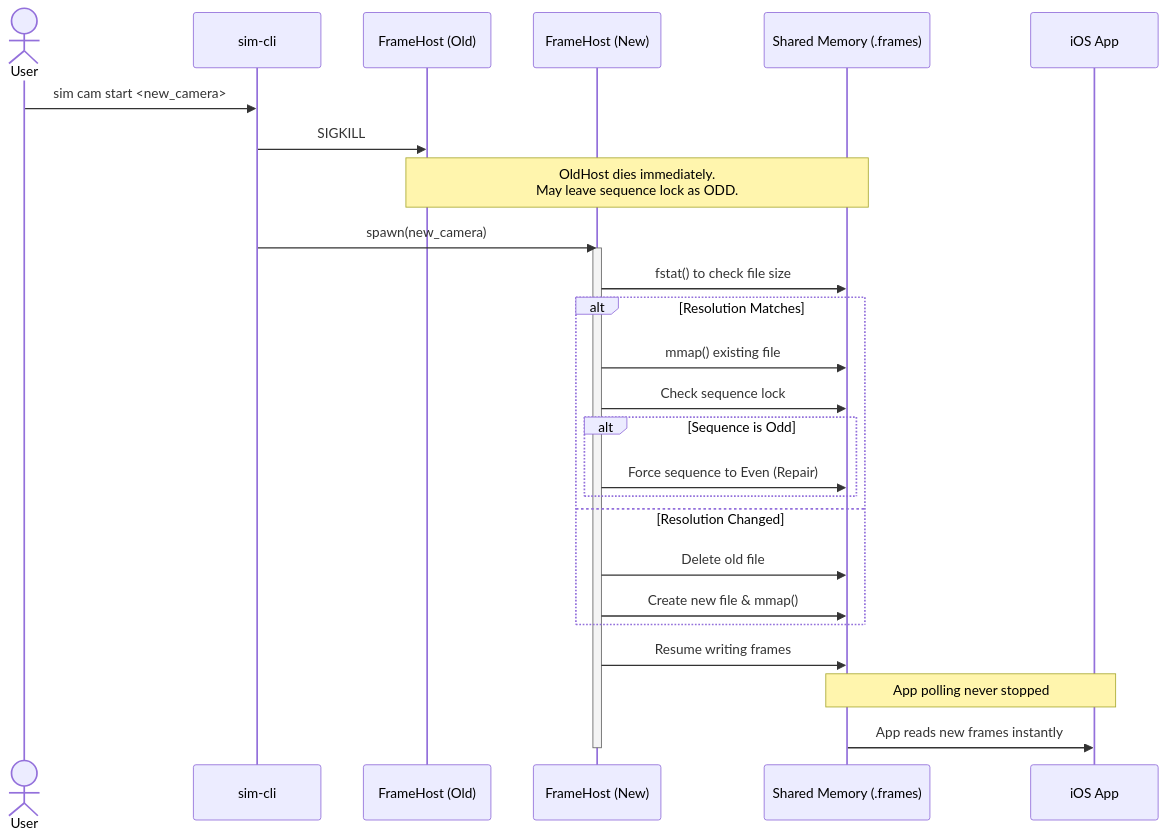
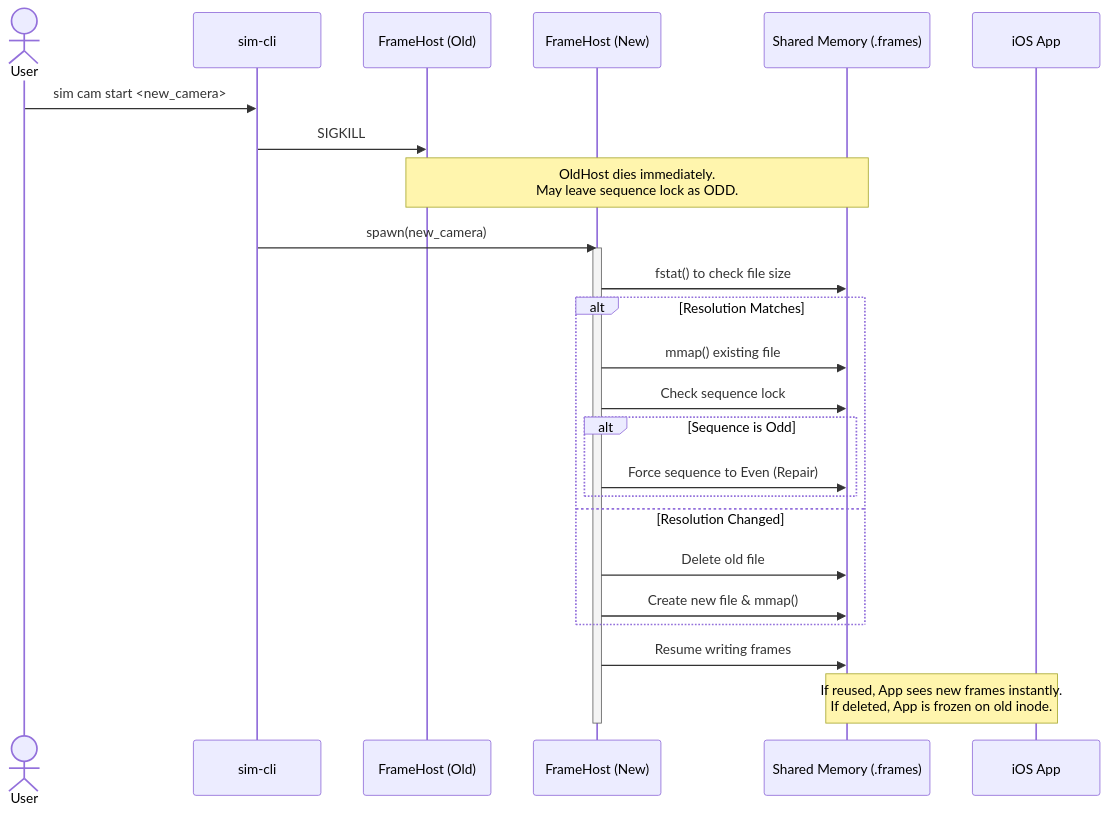
One commit to annurdien/sim-cli changed the fifth of 6 diagrams in docs/SIM_CAM_ARCHITECTURE.md. Above: the diagram before and after it, drawn with Mermaid. The commit also changed other lines of this file and 1 other file, not shown here.

````diff
--- a/docs/SIM_CAM_ARCHITECTURE.md
+++ b/docs/SIM_CAM_ARCHITECTURE.md
@@ -218,32 +218,31 @@
 ```mermaid
 sequenceDiagram
     actor User
     participant CLI as sim-cli
     participant OldHost as FrameHost (Old)
     participant NewHost as FrameHost (New)
     participant SHM as Shared Memory (.frames)
     participant App as iOS App
 
     User->>CLI: sim cam start <new_camera>
     CLI->>OldHost: SIGKILL
     Note over OldHost, SHM: OldHost dies immediately.<br>May leave sequence lock as ODD.
     
     CLI->>NewHost: spawn(new_camera)
     activate NewHost
     NewHost->>SHM: fstat() to check file size
     alt Resolution Matches
         NewHost->>SHM: mmap() existing file
         NewHost->>SHM: Check sequence lock
         alt Sequence is Odd
             NewHost->>SHM: Force sequence to Even (Repair)
         end
     else Resolution Changed
         NewHost->>SHM: Delete old file
         NewHost->>SHM: Create new file & mmap()
     end
     
     NewHost->>SHM: Resume writing frames
-    Note over SHM, App: App polling never stopped
-    SHM->>App: App reads new frames instantly
+    Note over SHM, App: If reused, App sees new frames instantly.<br>If deleted, App is frozen on old inode.
     deactivate NewHost
 ```
````
